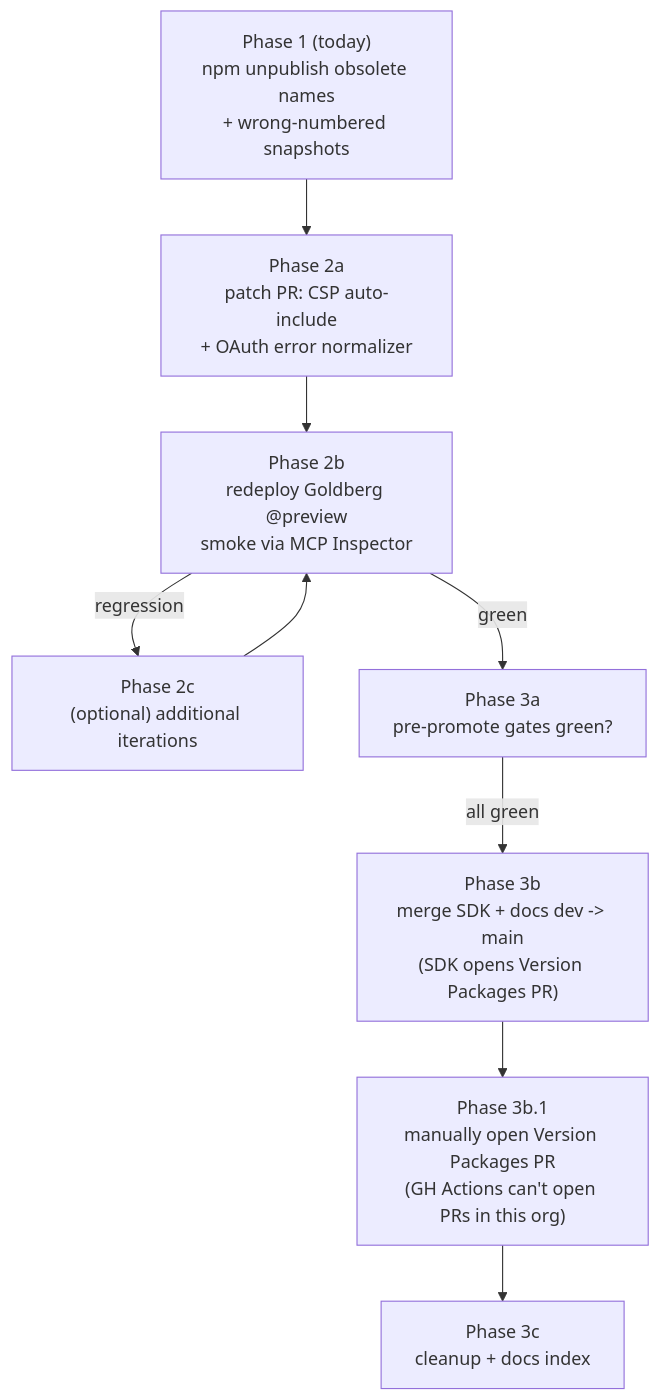
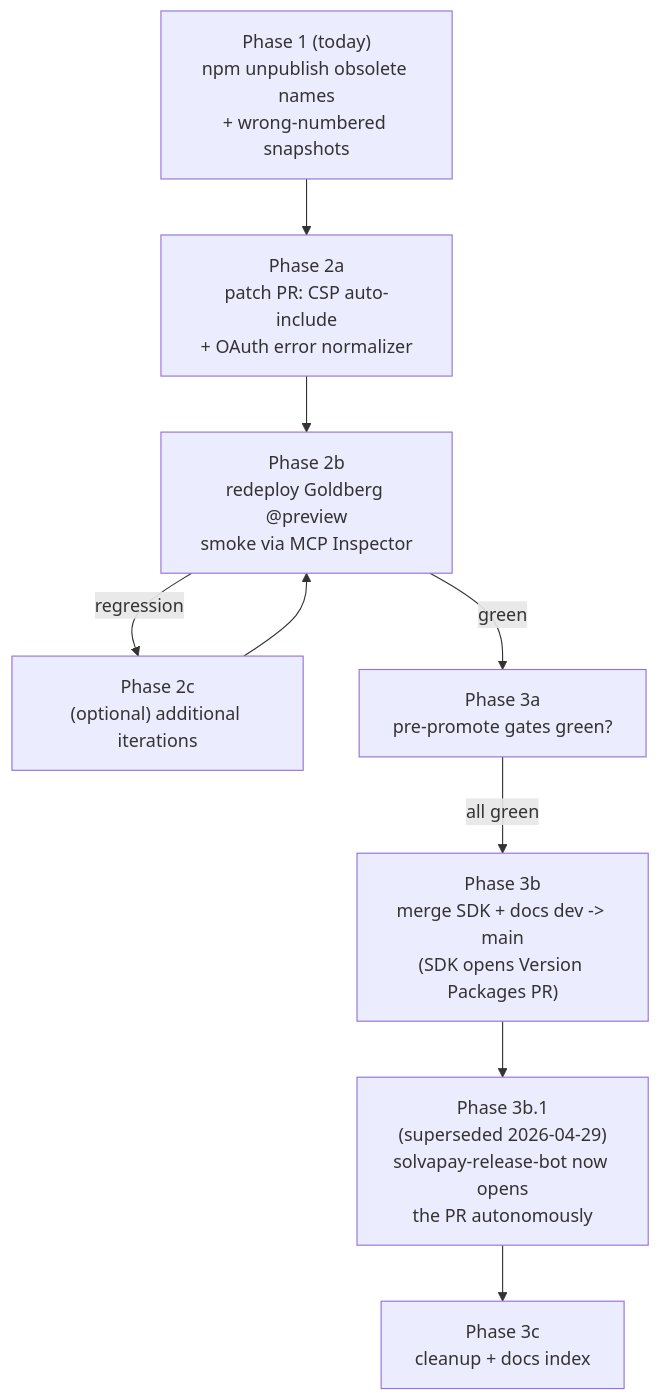
One commit to solvapay/solvapay-sdk changed the second of 2 diagrams in .cursor/plans/preview_iteration_+_promote_roadmap_88a4eaa0.plan.md. Above: the diagram before and after it, drawn with Mermaid. The commit also changed other lines of this file, not shown here.

First line of the commit message:
docs(plans): mark Phase 3b.1 manual-PR workaround as superseded

````diff
--- a/.cursor/plans/preview_iteration_+_promote_roadmap_88a4eaa0.plan.md
+++ b/.cursor/plans/preview_iteration_+_promote_roadmap_88a4eaa0.plan.md
@@ -312,20 +314,20 @@
 ```mermaid
 flowchart TD
   p1["Phase 1 (today)<br/>npm unpublish obsolete names<br/>+ wrong-numbered snapshots"]
   p2a["Phase 2a<br/>patch PR: CSP auto-include<br/>+ OAuth error normalizer"]
   p2b["Phase 2b<br/>redeploy Goldberg @preview<br/>smoke via MCP Inspector"]
   p2c["Phase 2c<br/>(optional) additional iterations"]
   p3a["Phase 3a<br/>pre-promote gates green?"]
   p3b["Phase 3b<br/>merge SDK + docs dev -> main<br/>(SDK opens Version Packages PR)"]
-  p3b1["Phase 3b.1<br/>manually open Version Packages PR<br/>(GH Actions can't open PRs in this org)"]
+  p3b1["Phase 3b.1<br/>(superseded 2026-04-29)<br/>solvapay-release-bot now opens<br/>the PR autonomously"]
   p3c["Phase 3c<br/>cleanup + docs index"]
 
   p1 --> p2a
   p2a --> p2b
   p2b -->|"green"| p3a
   p2b -->|"regression"| p2c
   p2c --> p2b
   p3a -->|"all green"| p3b
   p3b --> p3b1
   p3b1 --> p3c
 ```
````
